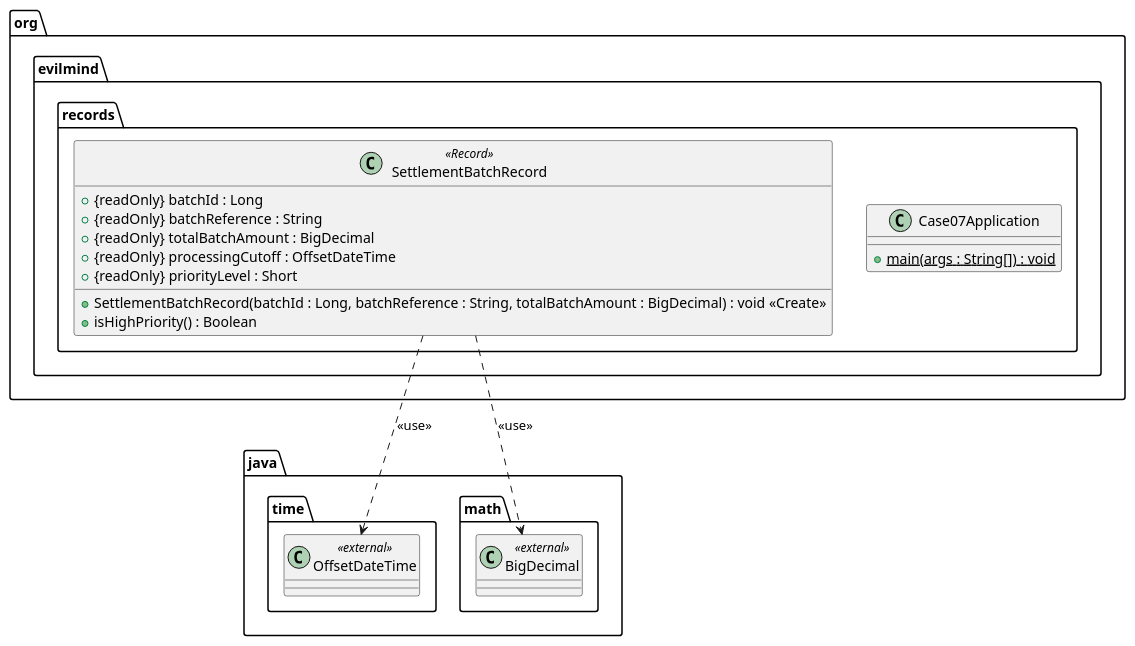
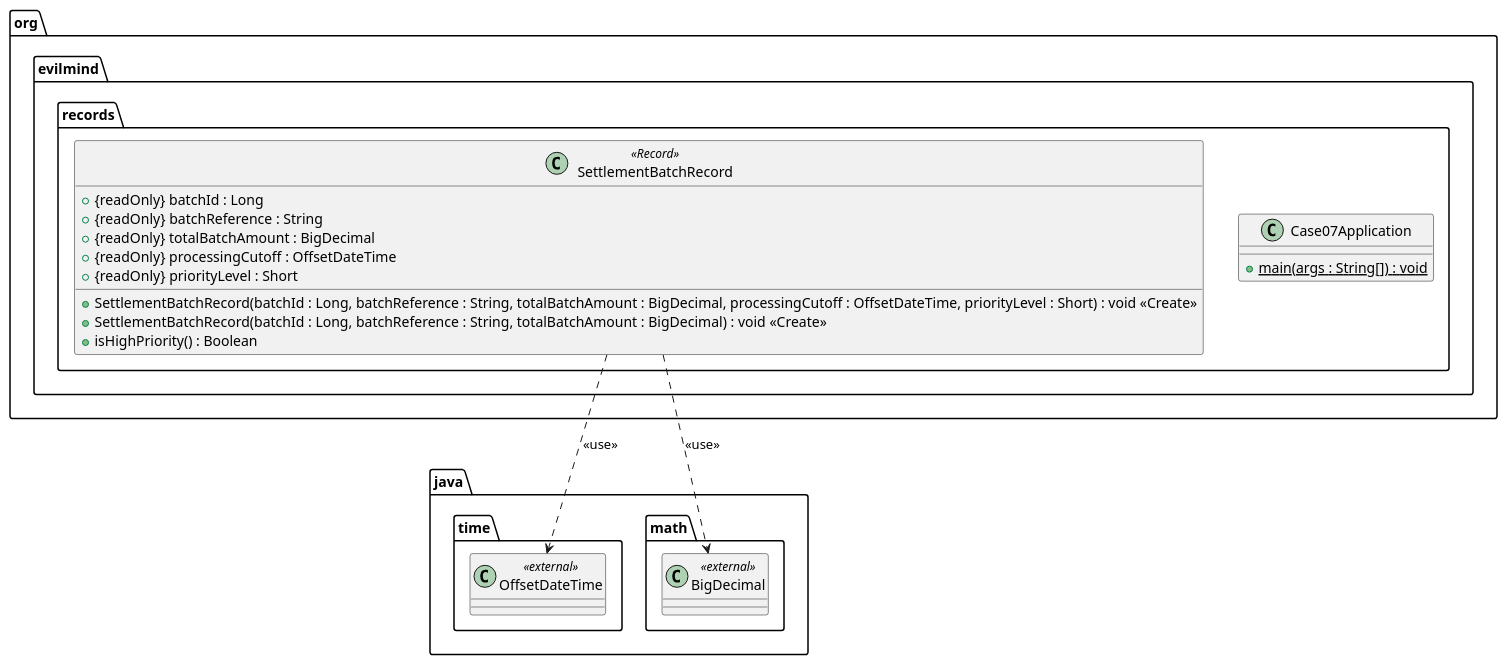
The diagram in casos-generador/caso_07/src/clases.puml (Pololo06/ProyectParser), drawn with PlantUML before and after one commit. The commit also changed 21 other files, not shown here.

```diff
--- a/casos-generador/caso_07/src/clases.puml
+++ b/casos-generador/caso_07/src/clases.puml
@@ -1,32 +1,33 @@
 @startuml
 
 package java.time {
     class OffsetDateTime <<external>> {
     }
 }
 
 package java.math {
     class BigDecimal <<external>> {
     }
 }
 
 package org.evilmind.records {
     class Case07Application {
     +  {static} main(args : String[]) : void
     }
     class SettlementBatchRecord <<Record>> {
     +  {readOnly} batchId : Long
     +  {readOnly} batchReference : String
     +  {readOnly} totalBatchAmount : BigDecimal
     +  {readOnly} processingCutoff : OffsetDateTime
     +  {readOnly} priorityLevel : Short
+    +  SettlementBatchRecord(batchId : Long, batchReference : String, totalBatchAmount : BigDecimal, processingCutoff : OffsetDateTime, priorityLevel : Short) : void <<Create>>
     +  SettlementBatchRecord(batchId : Long, batchReference : String, totalBatchAmount : BigDecimal) : void <<Create>>
     +  isHighPriority() : Boolean
     }
 }
 
 ' --- Grafo de relaciones ---
 org.evilmind.records.SettlementBatchRecord ..> java.time.OffsetDateTime : <<use>>
 org.evilmind.records.SettlementBatchRecord ..> java.math.BigDecimal : <<use>>
 
 @enduml
```
